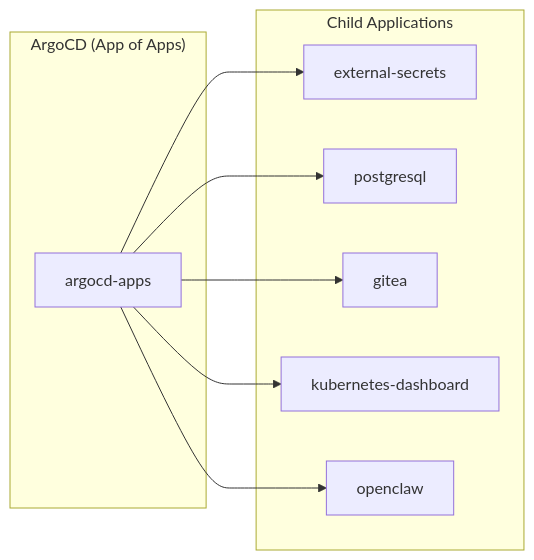
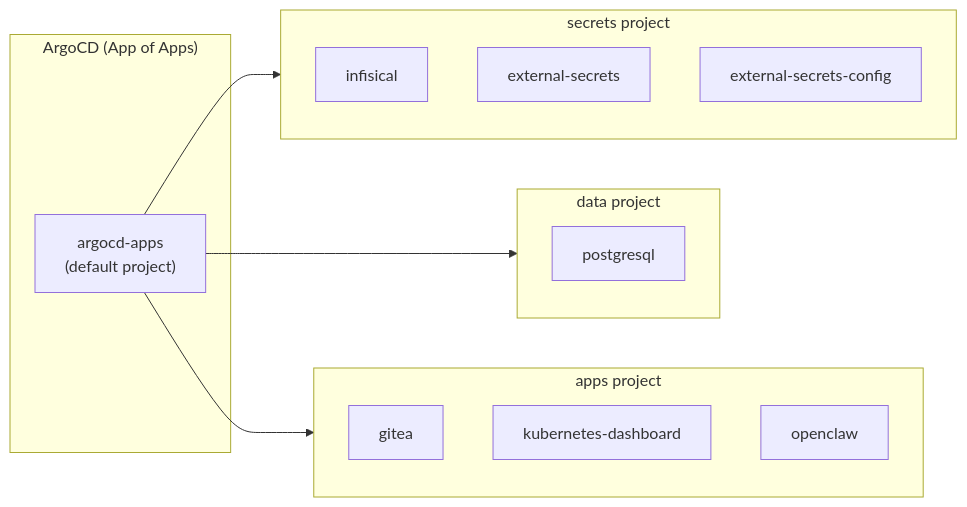
The second of 4 diagrams in docs/openclaw.md (haingth77/homelab), drawn with Mermaid before and after one commit. The commit also changed other lines of this file and 11 other files, not shown here.

````diff
--- a/docs/openclaw.md
+++ b/docs/openclaw.md
@@ -51,20 +55,26 @@
 ```mermaid
 flowchart LR
     subgraph argocd["ArgoCD (App of Apps)"]
-        RootApp["argocd-apps"]
+        RootApp["argocd-apps\n(default project)"]
     end
 
-    subgraph apps["Child Applications"]
+    subgraph secretsProj["secrets project"]
+        Infisical["infisical"]
         ESO["external-secrets"]
+        ESOConfig["external-secrets-config"]
+    end
+
+    subgraph dataProj["data project"]
         PG["postgresql"]
+    end
+
+    subgraph appsProj["apps project"]
         Gitea["gitea"]
         Dash["kubernetes-dashboard"]
         OC["openclaw"]
     end
 
-    RootApp --> ESO
-    RootApp --> PG
-    RootApp --> Gitea
-    RootApp --> Dash
-    RootApp --> OC
+    RootApp --> secretsProj
+    RootApp --> dataProj
+    RootApp --> appsProj
 ```
````
